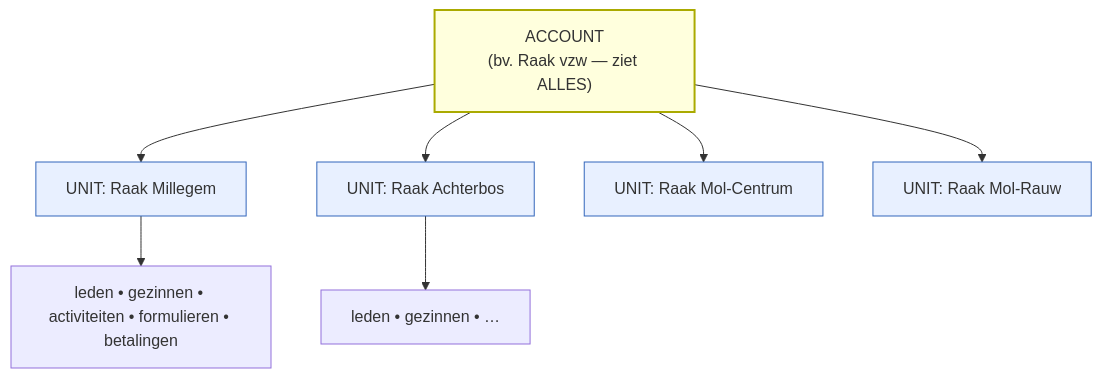
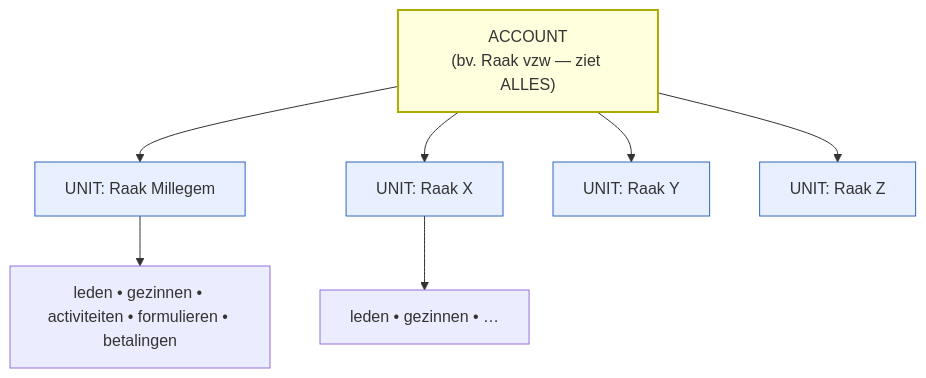
Before and after one commit to KoenRenders/KoenTest: the seventh of 12 diagrams in docs/intermediate-architecture-upgrade-v1.md, drawn with Mermaid. The commit also changed other lines of this file, not shown here.

First line of the commit message:
docs: architecture v1 — codebase-structuur (§16), SEO per unit (§17), namen X/Y/Z

````diff
--- a/docs/intermediate-architecture-upgrade-v1.md
+++ b/docs/intermediate-architecture-upgrade-v1.md
@@ -458,12 +458,12 @@
 ```mermaid
 flowchart TB
   VZW["ACCOUNT<br/>(bv. Raak vzw — ziet ALLES)"]:::vzw
   VZW --> M1["UNIT: Raak Millegem"]:::sub
-  VZW --> M2["UNIT: Raak Achterbos"]:::sub
-  VZW --> M3["UNIT: Raak Mol-Centrum"]:::sub
-  VZW --> M4["UNIT: Raak Mol-Rauw"]:::sub
+  VZW --> M2["UNIT: Raak X"]:::sub
+  VZW --> M3["UNIT: Raak Y"]:::sub
+  VZW --> M4["UNIT: Raak Z"]:::sub
   M1 --> L1["leden • gezinnen • activiteiten • formulieren • betalingen"]
   M2 --> L2["leden • gezinnen • …"]
   classDef vzw fill:#ffd,stroke:#aa0,stroke-width:2px;
   classDef sub fill:#e8f0ff,stroke:#36b;
 ```
````
